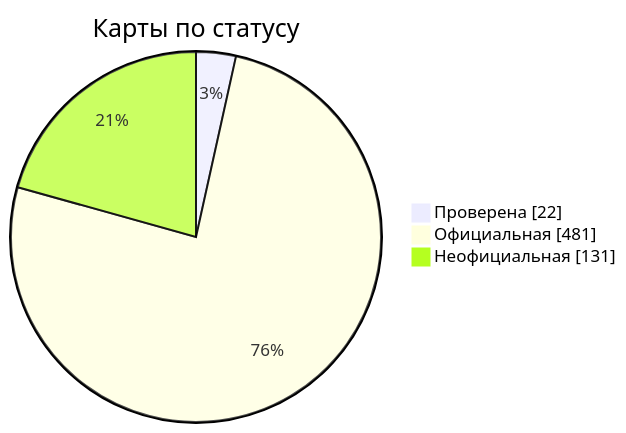
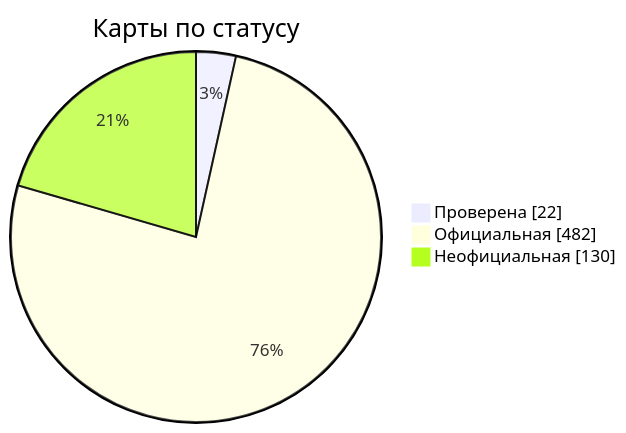
One commit to nobrega8/mbmap-library changed the diagram in docs/readme/README_RU.md. Above: the diagram before and after it, drawn with Mermaid. The commit also changed 6 other files, not shown here.

````diff
--- a/docs/readme/README_RU.md
+++ b/docs/readme/README_RU.md
@@ -54,7 +54,7 @@
 ```mermaid
 pie showData
     title Карты по статусу
     "Проверена" : 22
-    "Официальная" : 481
-    "Неофициальная" : 131
+    "Официальная" : 482
+    "Неофициальная" : 130
 ```
````
